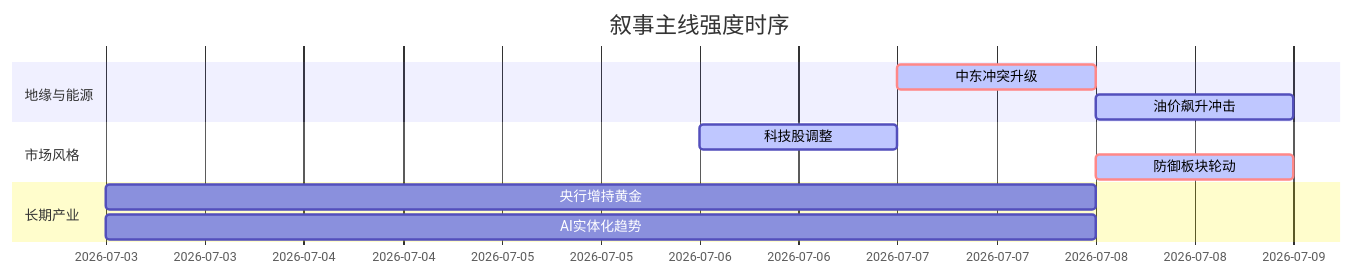
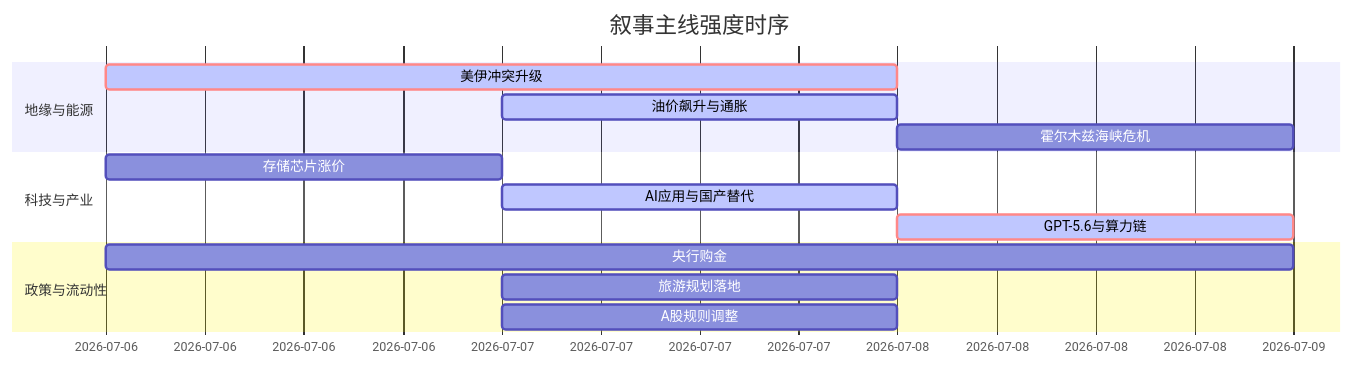
Before and after one commit to uu5zn/uu5zn.github.io: the diagram in 5day_report.md, drawn with Mermaid. The commit also changed other lines of this file and 23 other files, not shown here.

````diff
--- a/5day_report.md
+++ b/5day_report.md
@@ -54,16 +54,19 @@
 ```mermaid
 gantt
     title 叙事主线强度时序
     dateFormat  YYYY-MM-DD
     section 地缘与能源
-    中东冲突升级     :crit, active, 2026-07-07, 1d
-    油价飙升冲击     :active, 2026-07-08, 1d
+    美伊冲突升级   :crit, active, 2026-07-06, 2d
+    油价飙升与通胀   :active, 2026-07-07, 1d
+    霍尔木兹海峡危机 :2026-07-08, 1d
     
-    section 市场风格
-    科技股调整       :active, 2026-07-06, 1d
-    防御板块轮动     :crit, active, 2026-07-08, 1d
+    section 科技与产业
+    存储芯片涨价   :2026-07-06, 1d
+    AI应用与国产替代 :active, 2026-07-07, 1d
+    GPT-5.6与算力链 :crit, active, 2026-07-08, 1d
     
-    section 长期产业
-    央行增持黄金     :2026-07-03, 5d
-    AI实体化趋势     :2026-07-03, 5d
+    section 政策与流动性
+    央行购金       :2026-07-06, 3d
+    旅游规划落地   :2026-07-07, 1d
+    A股规则调整    :2026-07-07, 1d
 ```
````
